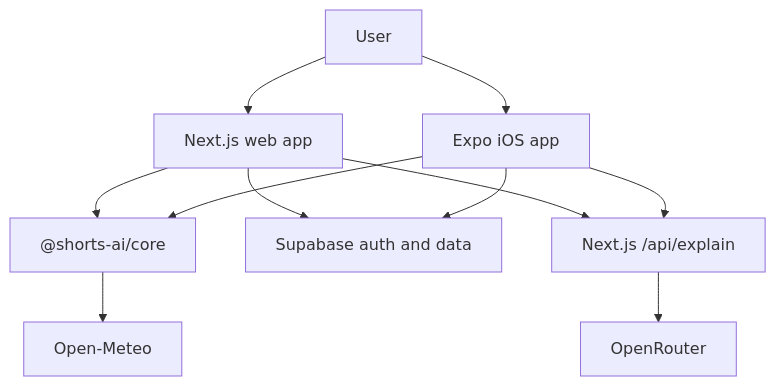
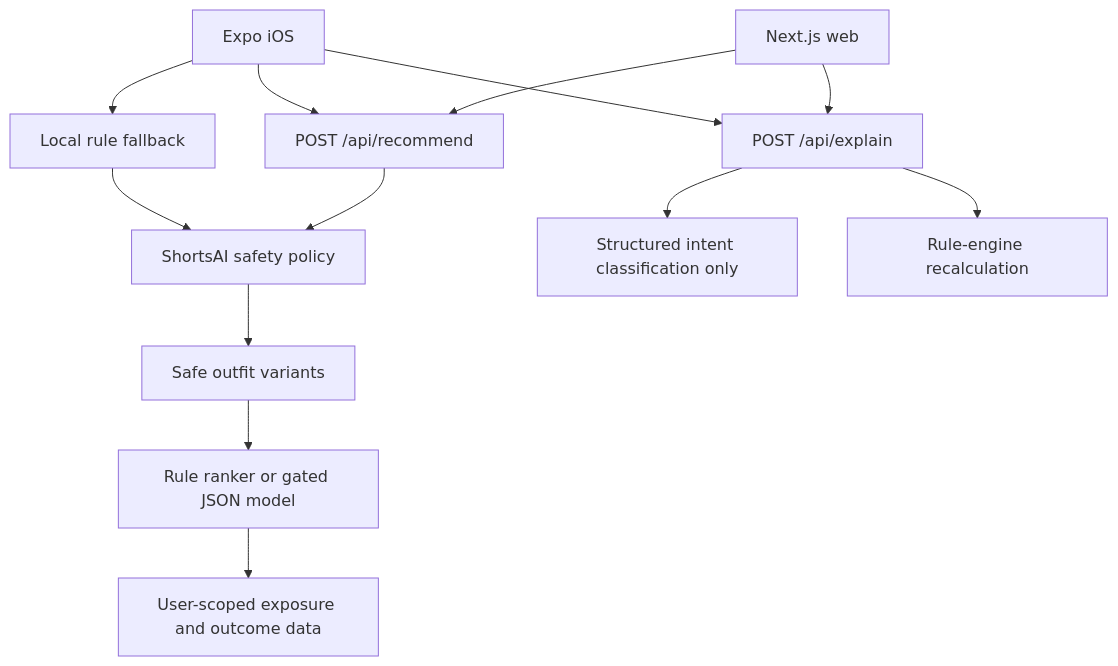
The diagram in README.md (Evanthel/shorts-ai), drawn with Mermaid before and after one commit. The commit also changed other lines of this file and 50 other files, not shown here.

````diff
--- a/README.md
+++ b/README.md
@@ -72,22 +35,15 @@
 ```mermaid
 flowchart TD
-  User["User"]
-  Web["Next.js web app"]
-  Mobile["Expo iOS app"]
-  Core["@shorts-ai/core"]
-  Weather["Open-Meteo"]
-  Supabase["Supabase auth and data"]
-  Explain["Next.js /api/explain"]
-  OpenRouter["OpenRouter"]
-
-  User --> Web
-  User --> Mobile
-  Web --> Core
-  Mobile --> Core
-  Core --> Weather
-  Web --> Supabase
-  Mobile --> Supabase
-  Web --> Explain
-  Mobile --> Explain
-  Explain --> OpenRouter
+  Web["Next.js web"] --> API["POST /api/recommend"]
+  Mobile["Expo iOS"] --> API
+  Mobile --> Local["Local rule fallback"]
+  API --> Safety["ShortsAI safety policy"]
+  Local --> Safety
+  Safety --> Candidates["Safe outfit variants"]
+  Candidates --> Ranker["Rule ranker or gated JSON model"]
+  Ranker --> Supabase["User-scoped exposure and outcome data"]
+  Web --> Intent["POST /api/explain"]
+  Mobile --> Intent
+  Intent --> OpenRouter["Structured intent classification only"]
+  Intent --> Recalculate["Rule-engine recalculation"]
 ```
````
